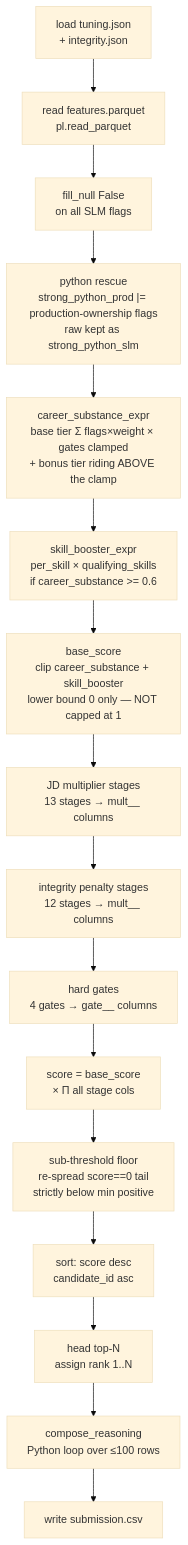
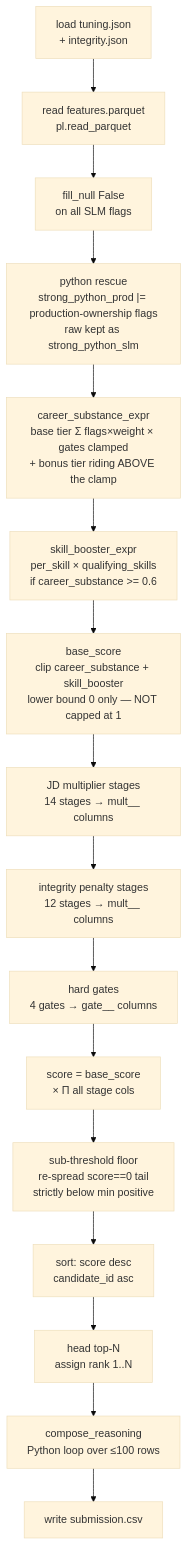
The diagram in docs/ranker.md (ankitkr-04/candidate-ranker-v2), drawn with Mermaid (base theme) before and after one commit. The commit also changed other lines of this file and 2 other files, not shown here.

````diff
--- a/docs/ranker.md
+++ b/docs/ranker.md
@@ -48,18 +48,18 @@
 ```mermaid
 flowchart TD
     A[load tuning.json<br>+ integrity.json] --> B[read features.parquet<br>pl.read_parquet]
     B --> C[fill_null False<br>on all SLM flags]
     C --> C2["python rescue<br>strong_python_prod |= production-ownership flags<br>raw kept as strong_python_slm"]
     C2 --> D[career_substance_expr<br>base tier Σ flags×weight × gates clamped<br>+ bonus tier riding ABOVE the clamp]
     D --> E[skill_booster_expr<br>per_skill × qualifying_skills<br>if career_substance >= 0.6]
     E --> F[base_score<br>clip career_substance + skill_booster<br>lower bound 0 only — NOT capped at 1]
-    F --> G[JD multiplier stages<br>13 stages → mult__<id> columns]
+    F --> G[JD multiplier stages<br>14 stages → mult__<id> columns]
     G --> H[integrity penalty stages<br>12 stages → mult__<id> columns]
     H --> I[hard gates<br>4 gates → gate__<id> columns]
     I --> J[score = base_score<br>× Π all stage cols]
     J --> K[sub-threshold floor<br>re-spread score==0 tail<br>strictly below min positive]
     K --> M[sort: score desc<br>candidate_id asc]
     M --> N[head top-N<br>assign rank 1..N]
     N --> O[compose_reasoning<br>Python loop over ≤100 rows]
     O --> P[write submission.csv]
 ```
````
